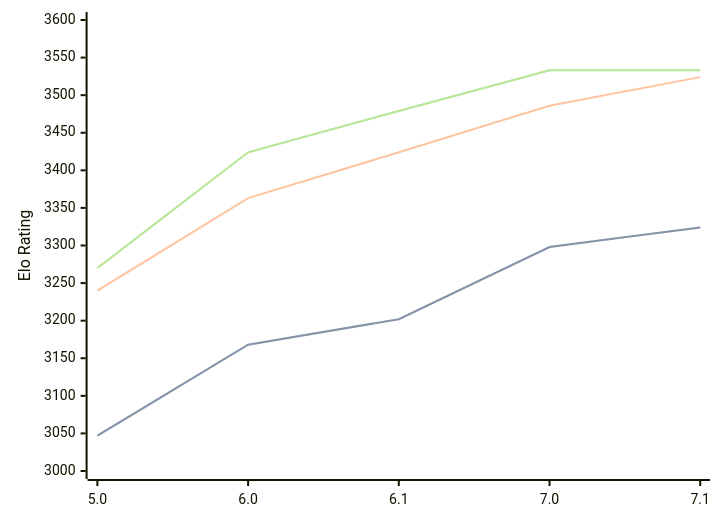
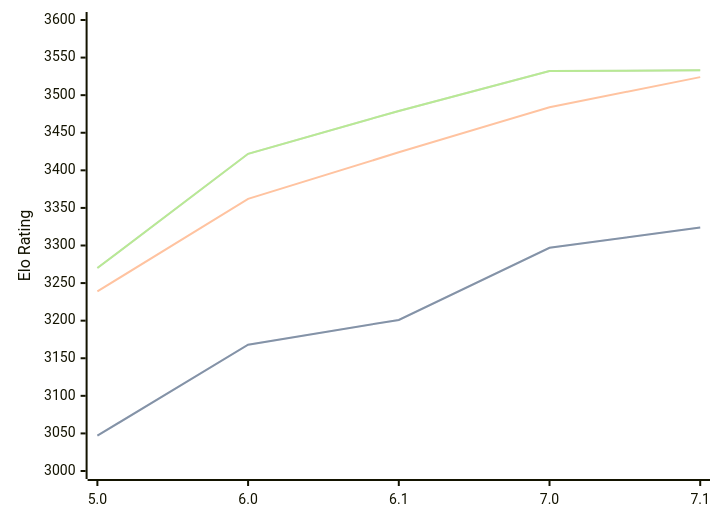
Before and after one commit to computer-chess-index/cci: the diagram in engines/PZChessBot.md, drawn with Mermaid. The commit also changed other lines of this file, not shown here.

Commit message:
Update CCI Ratings (ELO VLTC) - 2026-09-03

````diff
--- a/engines/PZChessBot.md
+++ b/engines/PZChessBot.md
@@ -35,11 +35,11 @@
 ```mermaid
 %%{init: {"theme":"base","themeVariables":{"seriesColors:['#a3a3a3','#222221','#faa371']}}}%%
 xychart-beta
   x-axis ["5.0", "6.0", "6.1", "7.0", "7.1"]
   y-axis "Elo Rating" 3000 --> 3600
-  line "" [3047, 3168, 3202, 3298, 3324]
-  line "STC (8.0+0.08s)" [3047, 3168, 3202, 3298, 3324]
-  line "LTC (60.0+0.60s)" [3240, 3363, 3424, 3486, 3524]
-  line "" [3270, 3424, 3479, 3533, 3533]
-  line "VLTC (2m24s+1.12s)" [3270, 3424, 3479, 3533, 3533]
+  line "" [3047, 3168, 3201, 3297, 3324]
+  line "STC (8.0+0.08s)" [3047, 3168, 3201, 3297, 3324]
+  line "LTC (60.0+0.60s)" [3239, 3362, 3424, 3484, 3524]
+  line "" [3270, 3422, 3479, 3532, 3533]
+  line "VLTC (2m24s+1.12s)" [3270, 3422, 3479, 3532, 3533]
 ```
````
